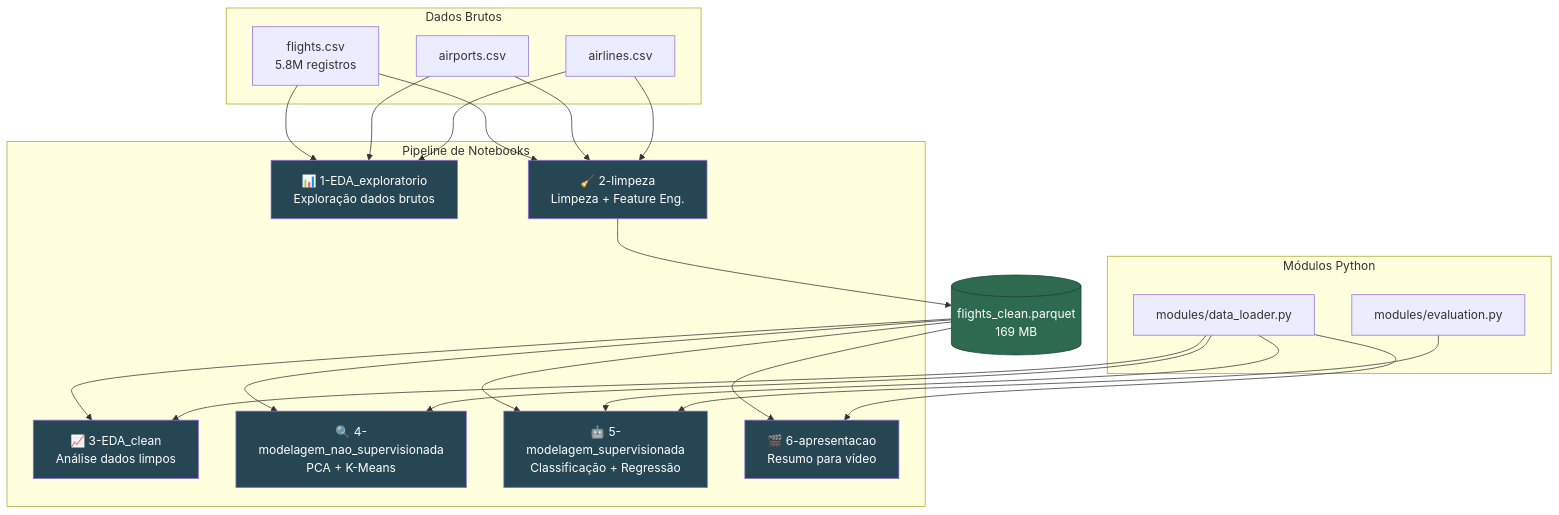
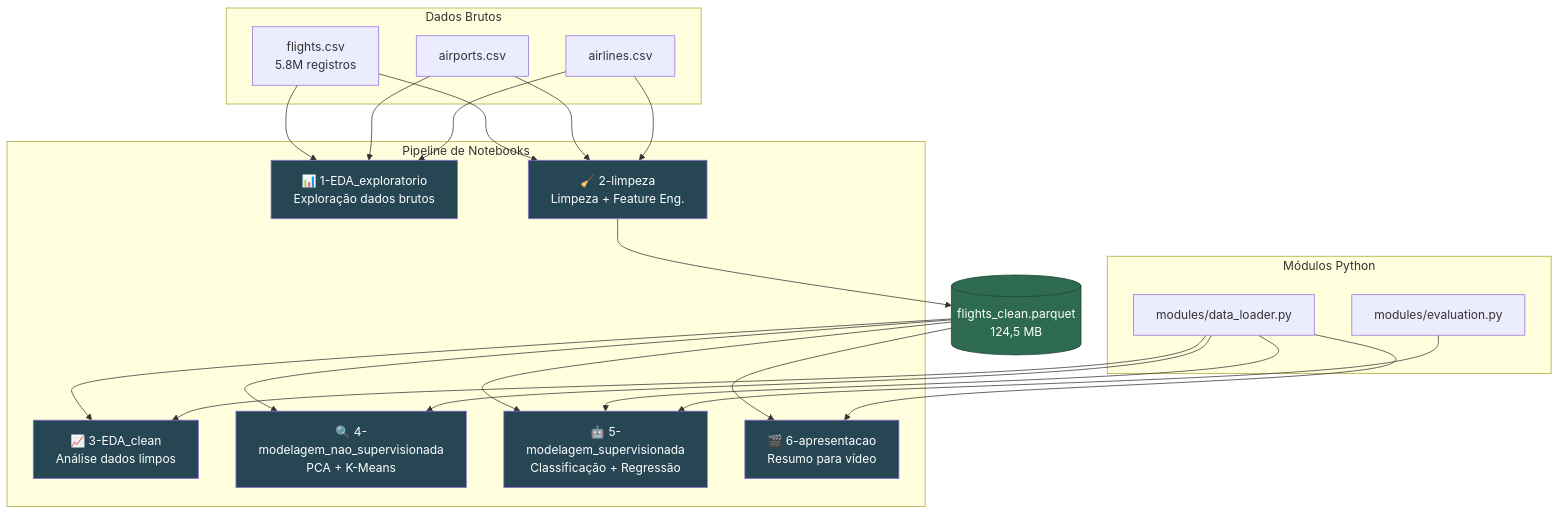
The first of 2 diagrams in README.md (vitorpaixao/flight-deley--prediction), drawn with Mermaid before and after one commit. The commit also changed other lines of this file and 3 other files, not shown here.

````diff
--- a/README.md
+++ b/README.md
@@ -47,42 +47,42 @@
 ```mermaid
 graph TD
     subgraph Dados Brutos
         CSV1[flights.csv<br/>5.8M registros]
         CSV2[airports.csv]
         CSV3[airlines.csv]
     end
 
     subgraph Pipeline de Notebooks
         NB1["📊 1-EDA_exploratorio<br/>Exploração dados brutos"]
         NB2["🧹 2-limpeza<br/>Limpeza + Feature Eng."]
         NB3["📈 3-EDA_clean<br/>Análise dados limpos"]
         NB4["🔍 4-modelagem_nao_supervisionada<br/>PCA + K-Means"]
         NB5["🤖 5-modelagem_supervisionada<br/>Classificação + Regressão"]
         NB6["🎬 6-apresentacao<br/>Resumo para vídeo"]
     end
 
     subgraph Módulos Python
         MOD1[modules/data_loader.py]
         MOD2[modules/evaluation.py]
     end
 
-    PARQUET[(flights_clean.parquet<br/>169 MB)]
+    PARQUET[(flights_clean.parquet<br/>124,5 MB)]
 
     CSV1 & CSV2 & CSV3 --> NB1
     CSV1 & CSV2 & CSV3 --> NB2
     NB2 --> PARQUET
     PARQUET --> NB3
     PARQUET --> NB4
     PARQUET --> NB5
     PARQUET --> NB6
     MOD1 --> NB3 & NB4 & NB5 & NB6
     MOD2 --> NB5
 
     style PARQUET fill:#2d6a4f,color:#fff,stroke:#1b4332
     style NB1 fill:#264653,color:#fff
     style NB2 fill:#264653,color:#fff
     style NB3 fill:#264653,color:#fff
     style NB4 fill:#264653,color:#fff
     style NB5 fill:#264653,color:#fff
     style NB6 fill:#264653,color:#fff
 ```
````
